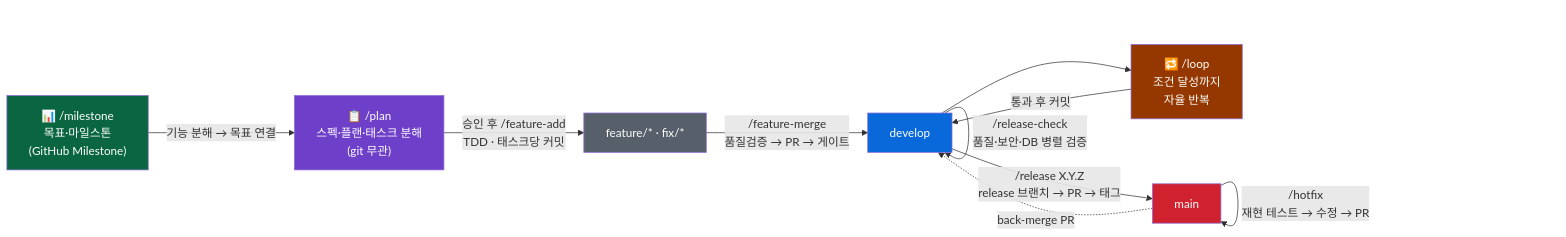
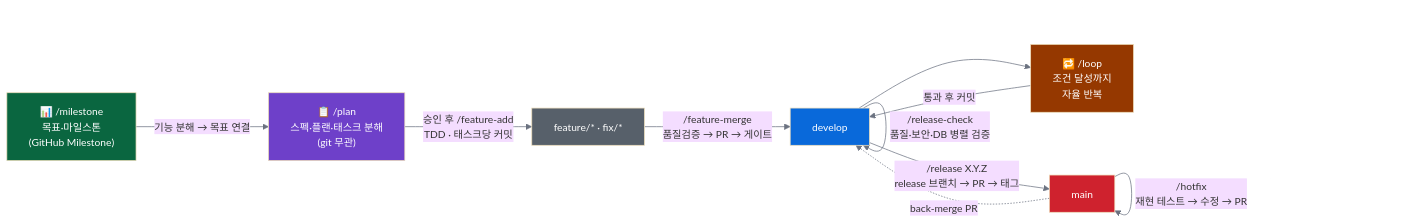
Before and after one commit to grinvi04/team-harness: the second of 2 diagrams in README.md, drawn with Mermaid. The commit also changed other lines of this file, not shown here.

Commit message:
docs: Mermaid 다이어그램 %%{init}%% 베이스 테마 적용
github.com 다크/라이트 모드 양쪽에서 더 깔끔하게 렌더되도록
%%{init: {'theme': 'base', 'themeVariables': {...}}}%% 블록 추가.
PNG + <details> 구조는 그대로 유지.

Claude-Session: https://claude.ai/code/session_01RYmui857SAwm1Sq8seWnWT

````diff
--- a/README.md
+++ b/README.md
@@ -105,26 +106,27 @@
 ```mermaid
+%%{init: {'theme': 'base', 'themeVariables': {'lineColor': '#6b7280', 'background': '#f8fafc', 'mainBkg': '#f8fafc', 'fontSize': '14px'}}}%%
 flowchart LR
     G["📊 /milestone<br/>목표·마일스톤<br/>(GitHub Milestone)"]
     P["📋 /plan<br/>스펙·플랜·태스크 분해<br/>(git 무관)"]
     F["feature/* · fix/*"]
     D[develop]
     M[main]
     L["🔁 /loop<br/>조건 달성까지<br/>자율 반복"]
 
     G -->|"기능 분해 → 목표 연결"| P
     P -->|"승인 후 /feature-add<br/>TDD · 태스크당 커밋"| F
     F -->|"/feature-merge<br/>품질검증 → PR → 게이트"| D
     D --> L
     L -->|"통과 후 커밋"| D
     D -->|"/release-check<br/>품질·보안·DB 병렬 검증"| D
     D -->|"/release X.Y.Z<br/>release 브랜치 → PR → 태그"| M
     M -.->|back-merge PR| D
     M -->|"/hotfix<br/>재현 테스트 → 수정 → PR"| M
 
     style M fill:#cf222e,color:#fff
     style D fill:#0969da,color:#fff
     style F fill:#57606a,color:#fff
     style P fill:#6e40c9,color:#fff
     style G fill:#0a6640,color:#fff
     style L fill:#953800,color:#fff
 ```
````
